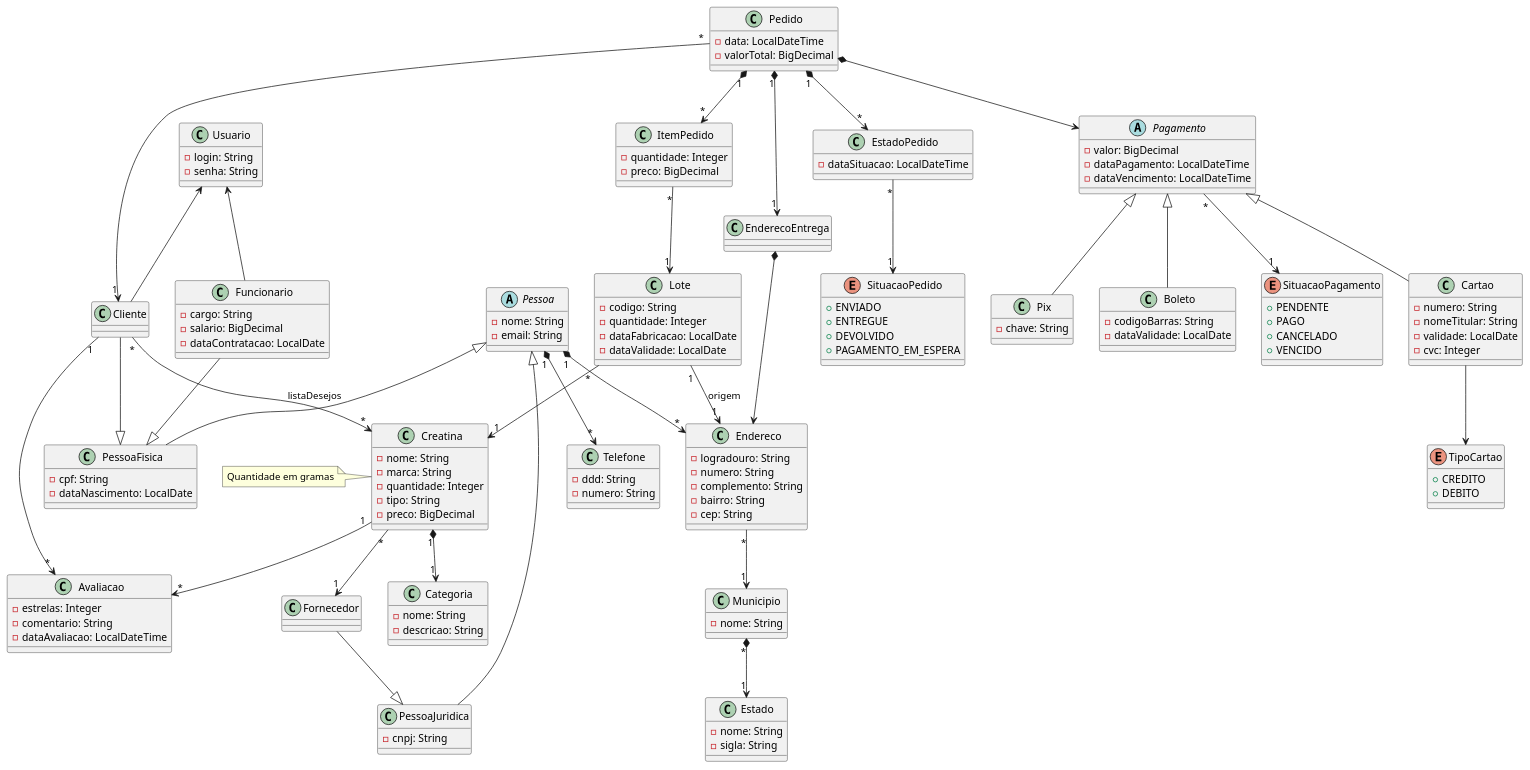
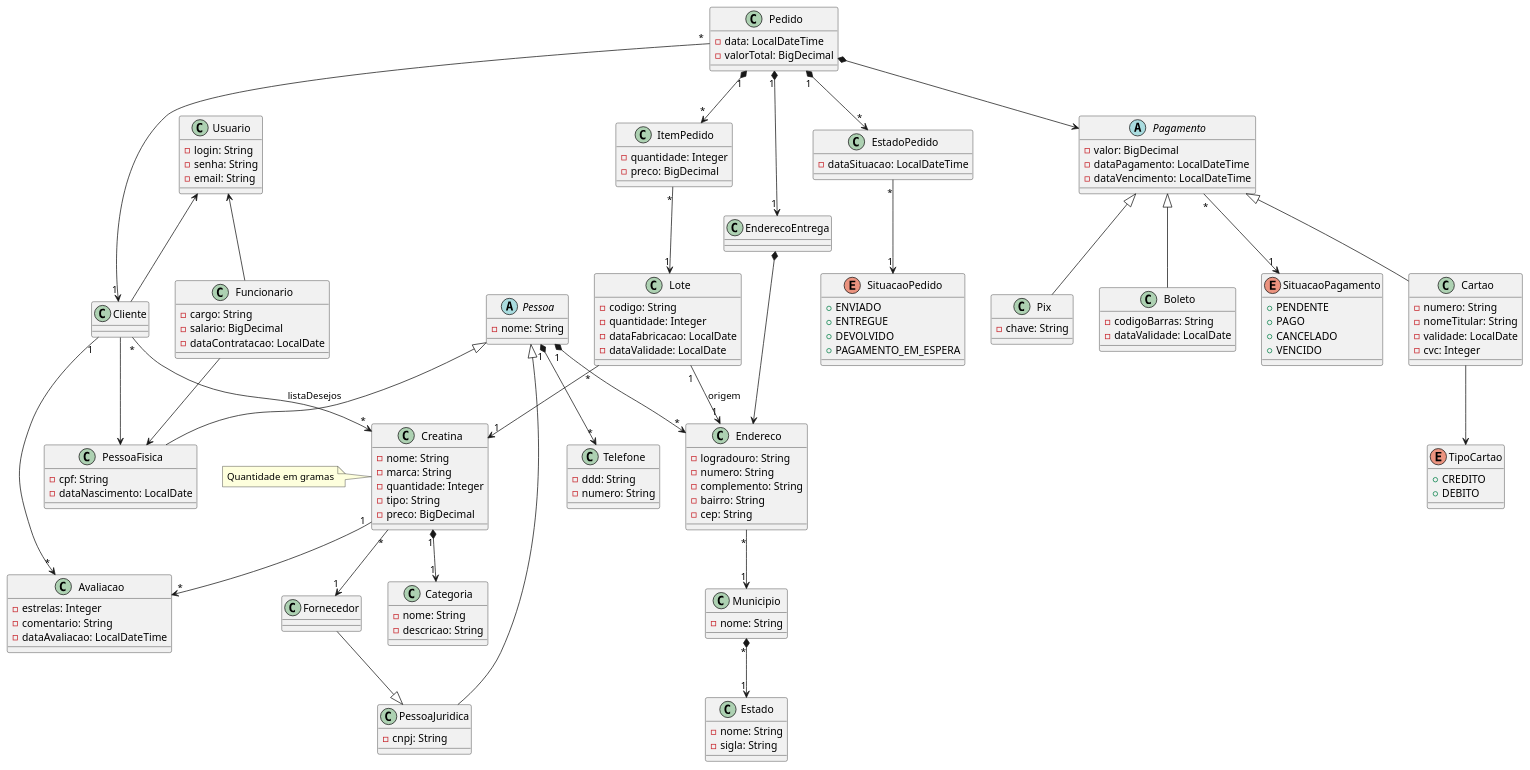
The diagram in src/main/resources/Creatina.plantuml (HallanChristian/creatina-tp1-quarkus), drawn with PlantUML before and after one commit. The commit also changed 83 other files, not shown here.

```diff
--- a/src/main/resources/Creatina.plantuml
+++ b/src/main/resources/Creatina.plantuml
@@ -1,186 +1,186 @@
 @startuml Creatina
 
 abstract class Pessoa {
   - nome: String
-  - email: String
 }
 
 class PessoaFisica {
   - cpf: String
   - dataNascimento: LocalDate
 }
 
 class PessoaJuridica {
   - cnpj: String
 }
 
 class Usuario {
   - login: String
   - senha: String
+  - email: String
 }
 
 class Cliente {
 }
 
 class Funcionario {
   - cargo: String
   - salario: BigDecimal
   - dataContratacao: LocalDate
 }
 
 Pessoa <|-- PessoaFisica
 Pessoa <|-- PessoaJuridica
 Usuario <-- Cliente
 Usuario <-- Funcionario
-Funcionario --|> PessoaFisica
-Cliente --|> PessoaFisica
+Funcionario --> PessoaFisica
+Cliente --> PessoaFisica
 Fornecedor --|> PessoaJuridica
 
 class Telefone {
   - ddd: String
   - numero: String
 }
 
 class Endereco {
   - logradouro: String
   - numero: String
   - complemento: String
   - bairro: String
   - cep: String
 }
 
 class Municipio {
   - nome: String
 }
 
 class Estado {
   - nome: String
   - sigla: String
 }
 
 class Pedido {
   - data: LocalDateTime
   - valorTotal: BigDecimal
 }
 
 class ItemPedido {
   - quantidade: Integer
   - preco: BigDecimal
 }
 
 class EstadoPedido {
   - dataSituacao: LocalDateTime
 }
 
 Enum SituacaoPedido {
   + ENVIADO
   + ENTREGUE
   + DEVOLVIDO
   + PAGAMENTO_EM_ESPERA
 }
 
 class EnderecoEntrega {
 }
 
 Enum SituacaoPagamento {
   + PENDENTE
   + PAGO
   + CANCELADO
   + VENCIDO
 }
 
 abstract class Pagamento {
   - valor: BigDecimal
   - dataPagamento: LocalDateTime
   - dataVencimento: LocalDateTime
 }
 
 class Cartao {
   - numero: String
   - nomeTitular: String
   - validade: LocalDate
   - cvc: Integer
 }
 
 Enum TipoCartao {
   + CREDITO
   + DEBITO
 }
 
 class Pix {
   - chave: String
 }
 
 class Boleto {
   - codigoBarras: String
   - dataValidade: LocalDate
 }
 
 Pagamento <|-- Pix
 Pagamento <|-- Boleto
 Pagamento <|-- Cartao
 Pagamento "*" --> "1" SituacaoPagamento
 
 class Fornecedor {
 }
 
 class Creatina {
   - nome: String
   - marca: String
   - quantidade: Integer
   - tipo: String
   - preco: BigDecimal
 }
 
 class Categoria {
   - nome: String
   - descricao: String
 }
 
 class Lote {
   - codigo: String
   - quantidade: Integer
   - dataFabricacao: LocalDate
   - dataValidade: LocalDate
 }
 
 class Avaliacao {
   - estrelas: Integer
   - comentario: String
   - dataAvaliacao: LocalDateTime
 }
 
 ' Relacionamentos
 
 Pessoa "1" *--> "*" Telefone
 Pessoa "1" *--> "*" Endereco
 
 EnderecoEntrega *--> Endereco
 Endereco "*" --> "1" Municipio
 Municipio "*" *--> "1" Estado
 
 Cliente "*" --> "*" Creatina : listaDesejos
 Cliente "1" --> "*" Avaliacao
 
 ItemPedido "*" --> "1" Lote
 
 Pedido "*" --> "1" Cliente
 Pedido "1" *--> "*" ItemPedido
 Pedido *--> Pagamento
 Pedido "1" *--> "*" EstadoPedido
 Pedido "1" *--> "1" EnderecoEntrega
 
 EstadoPedido "*" --> "1" SituacaoPedido
 
 Cartao --> TipoCartao
 
 Creatina "1" *--> "1" Categoria
 Creatina "1" --> "*" Avaliacao
 Creatina "*" --> "1" Fornecedor
 
 Lote "*" --> "1" Creatina
 Lote "1" --> "1" Endereco : origem
 
 note left of Creatina: Quantidade em gramas
 
 @enduml
```
